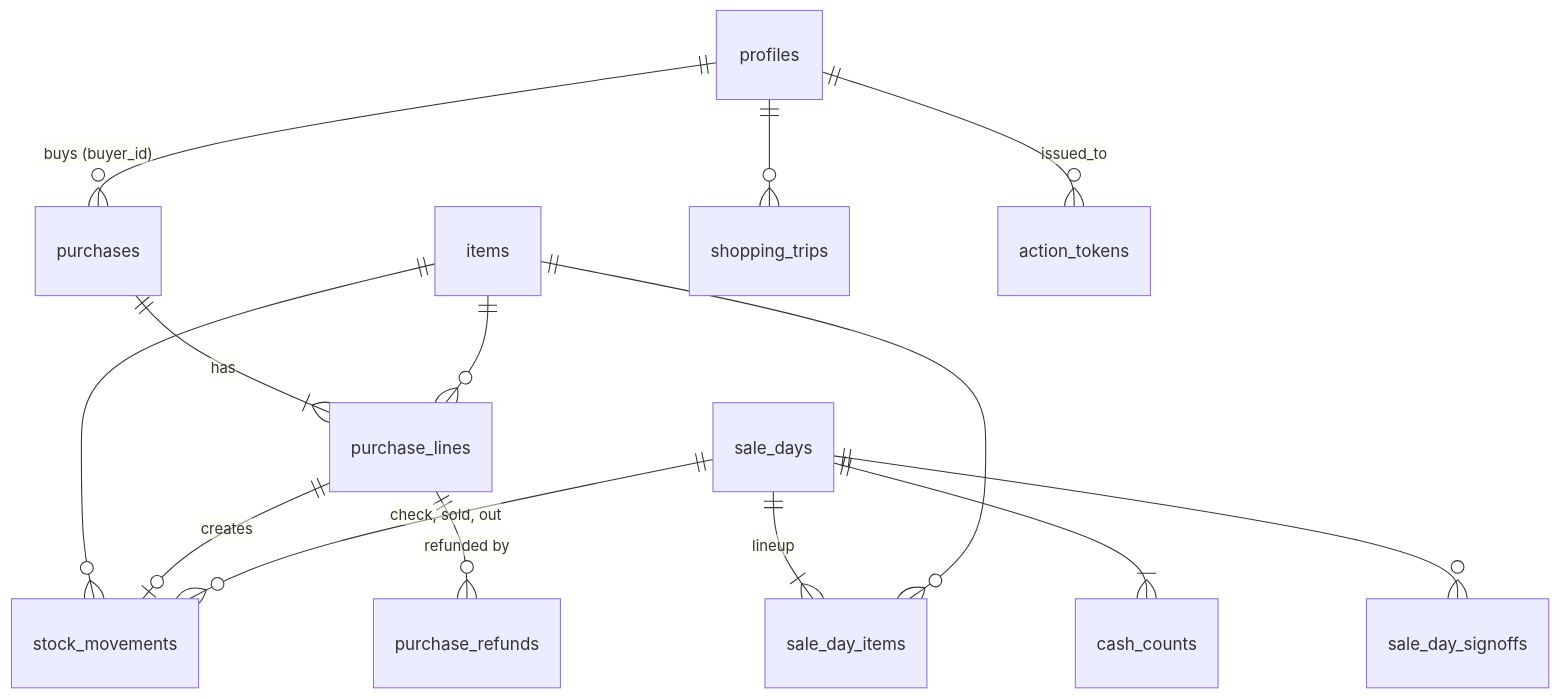
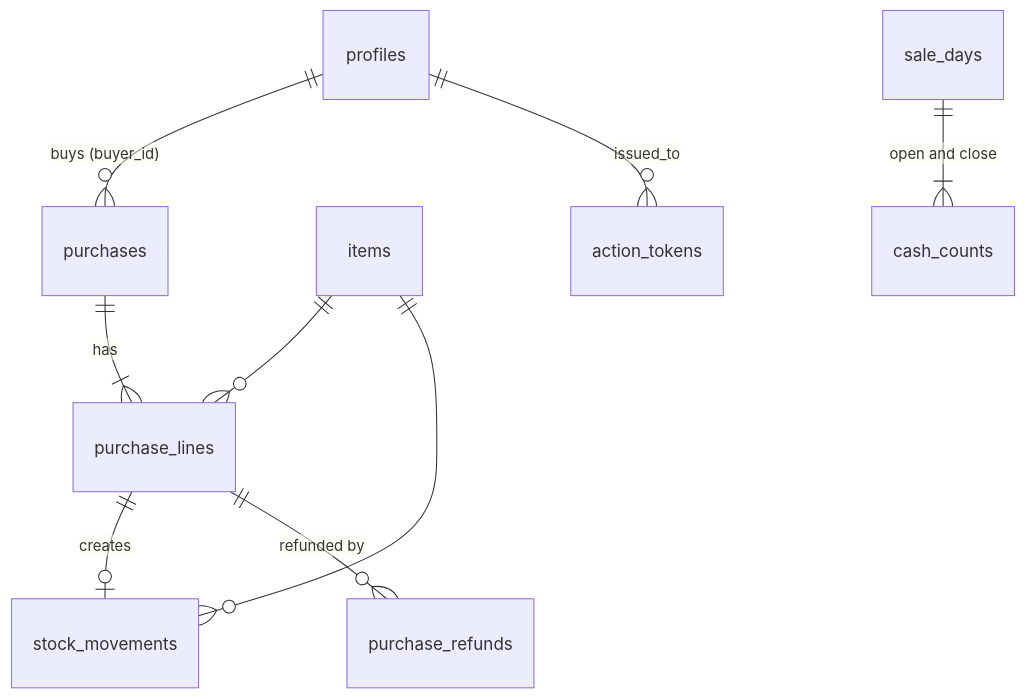
One commit to calvincchan/snack-shack changed the diagram in docs/DATA_MODEL.md. Above: the diagram before and after it, drawn with Mermaid. The commit also changed other lines of this file and 62 other files, not shown here.

First line of the commit message:
feat/cash-only-sale-day (#77)

````diff
--- a/docs/DATA_MODEL.md
+++ b/docs/DATA_MODEL.md
@@ -18,16 +18,11 @@
 ```mermaid
 erDiagram
   profiles ||--o{ purchases : "buys (buyer_id)"
   purchases ||--|{ purchase_lines : has
   items ||--o{ purchase_lines : ""
   items ||--o{ stock_movements : ""
   purchase_lines ||--o| stock_movements : "creates"
   purchase_lines ||--o{ purchase_refunds : "refunded by"
-  sale_days ||--|{ sale_day_items : lineup
-  items ||--o{ sale_day_items : ""
-  sale_days ||--|{ cash_counts : ""
-  sale_days ||--o{ sale_day_signoffs : ""
-  sale_days ||--o{ stock_movements : "check, sold, out"
-  profiles ||--o{ shopping_trips : ""
+  sale_days ||--|{ cash_counts : "open and close"
   profiles ||--o{ action_tokens : "issued_to"
 ```
````
